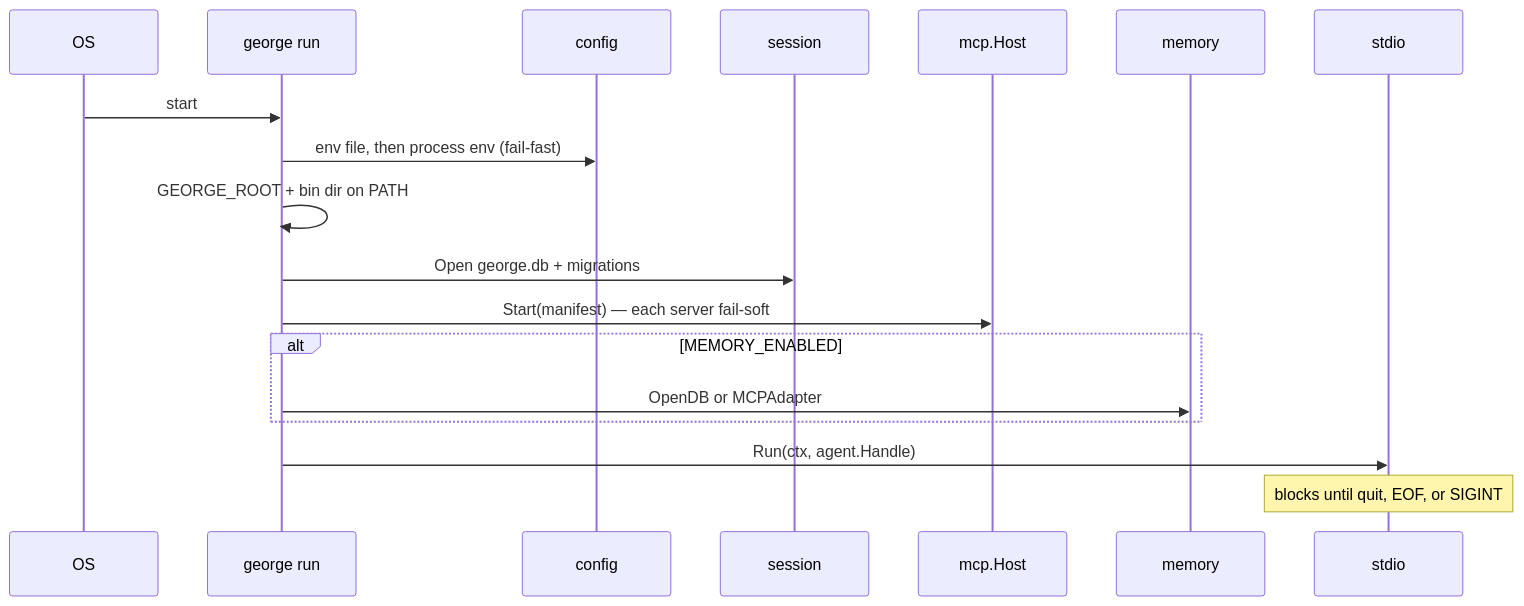
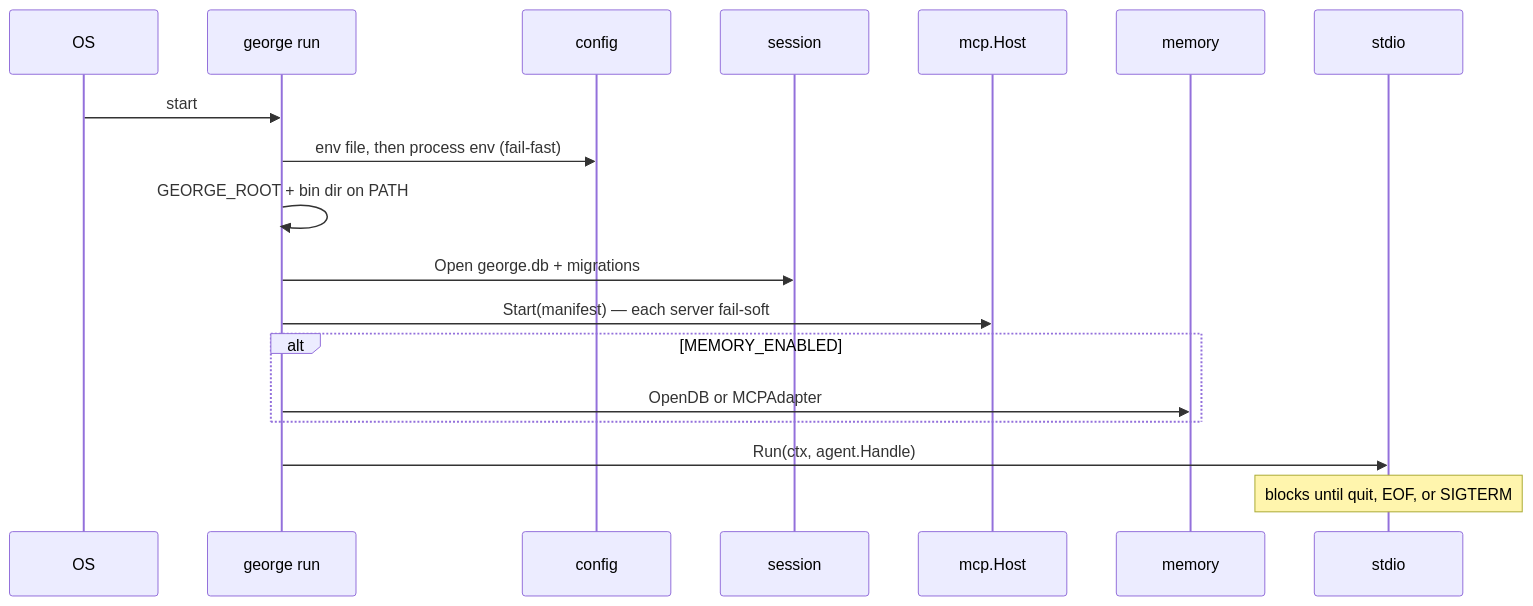
Before and after one commit to shotah/ai-george: the third of 5 diagrams in docs/architecture.md, drawn with Mermaid. The commit also changed other lines of this file and 26 other files, not shown here.

````diff
--- a/docs/architecture.md
+++ b/docs/architecture.md
@@ -132,21 +132,21 @@
 ```mermaid
 sequenceDiagram
   participant OS
   participant Run as george run
   participant Cfg as config
   participant Ses as session
   participant MCP as mcp.Host
   participant Mem as memory
   participant Ch as stdio
 
   OS->>Run: start
   Run->>Cfg: env file, then process env (fail-fast)
   Run->>Run: GEORGE_ROOT + bin dir on PATH
   Run->>Ses: Open george.db + migrations
   Run->>MCP: Start(manifest) — each server fail-soft
   alt MEMORY_ENABLED
     Run->>Mem: OpenDB or MCPAdapter
   end
   Run->>Ch: Run(ctx, agent.Handle)
-  Note over Ch: blocks until quit, EOF, or SIGINT
+  Note over Ch: blocks until quit, EOF, or SIGTERM
 ```
````
